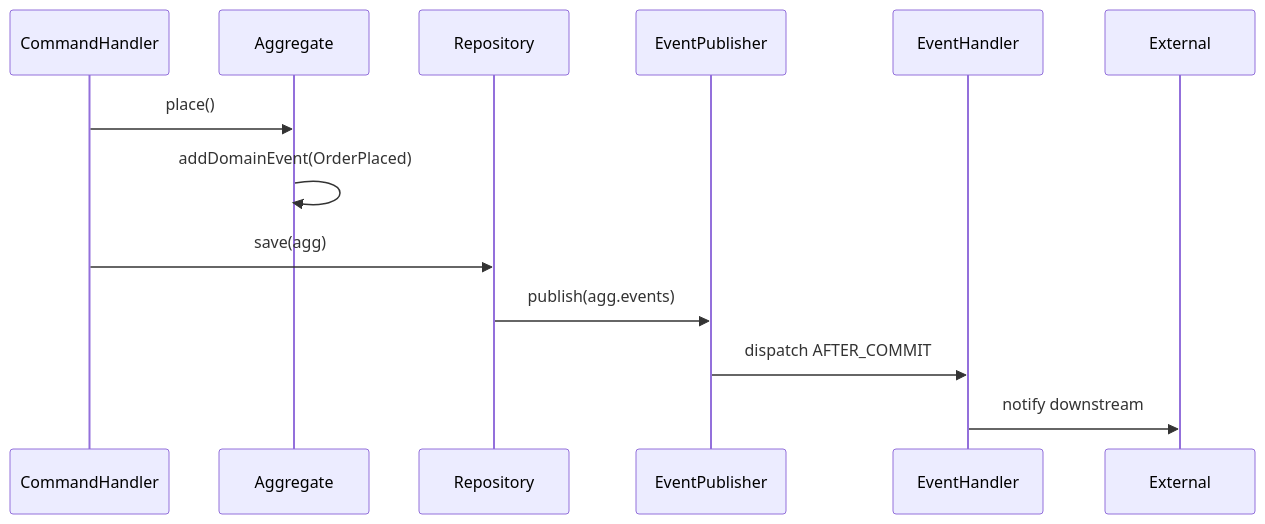
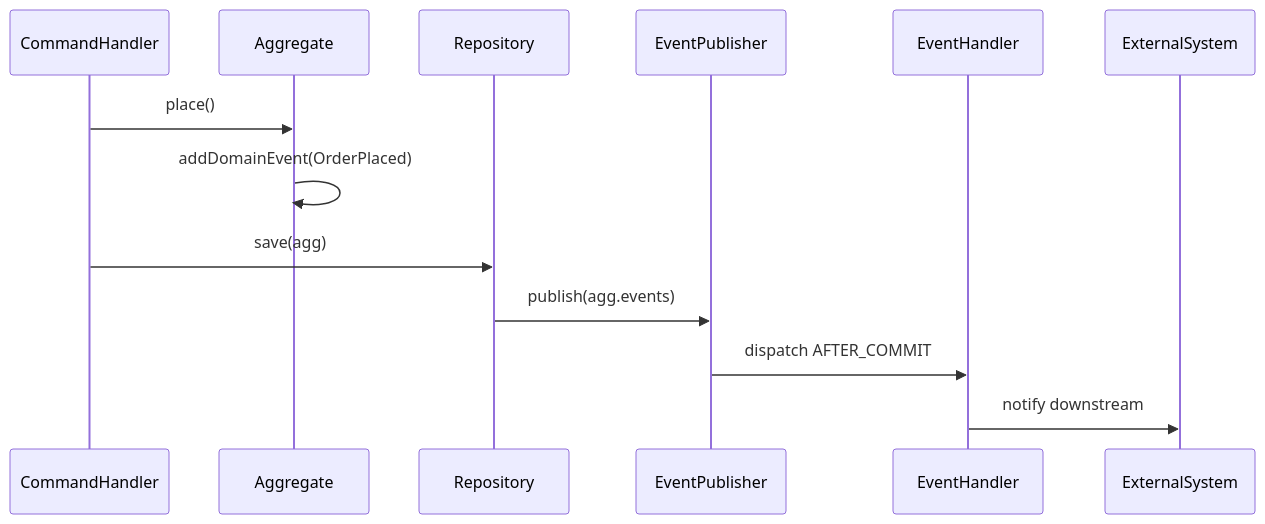
One commit to ANTHEM37/easy-ddd changed the second of 2 diagrams in easy-ddd-domain/README.md. Above: the diagram before and after it, drawn with Mermaid. The commit also changed 5 other files, not shown here.

First line of the commit message:
docs: 更新时序图并移除 BOM 模块的 README

````diff
--- a/easy-ddd-domain/README.md
+++ b/easy-ddd-domain/README.md
@@ -65,15 +65,16 @@
 ```mermaid
 sequenceDiagram
   participant Cmd as CommandHandler
   participant Agg as Aggregate
   participant Repo as Repository
   participant Pub as EventPublisher
   participant EH as EventHandler
+  participant External as ExternalSystem
 
   Cmd->>Agg: place()
   Agg->>Agg: addDomainEvent(OrderPlaced)
   Cmd->>Repo: save(agg)
   Repo->>Pub: publish(agg.events)
   Pub->>EH: dispatch AFTER_COMMIT
   EH->>External: notify downstream
 ```
````
